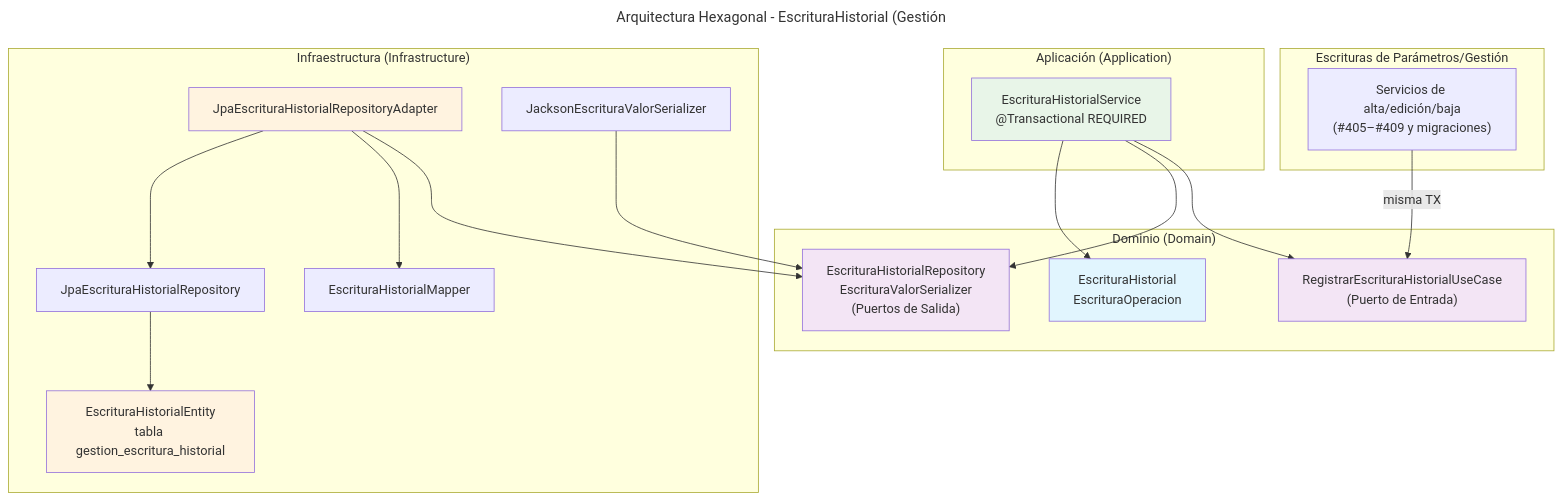
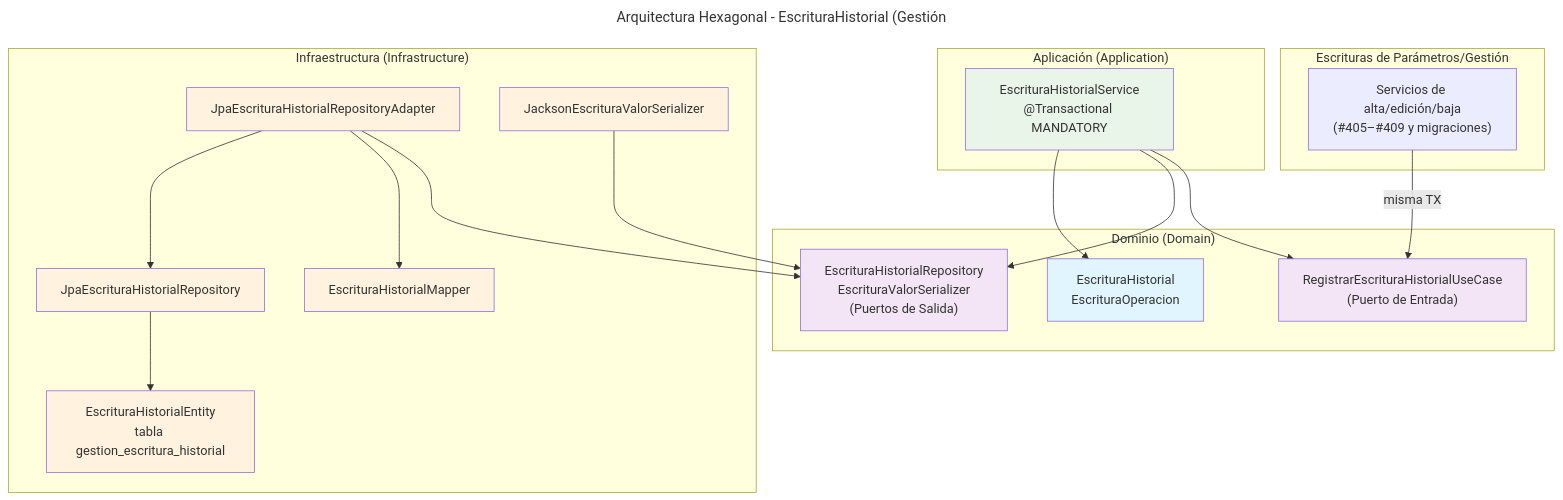
Before and after one commit to UM-services/UM.tesoreria.core-service: the diagram in docs/hexagonal-escrituraHistorial.mmd, drawn with Mermaid. The commit also changed 16 other files, not shown here.

```diff
--- a/docs/hexagonal-escrituraHistorial.mmd
+++ b/docs/hexagonal-escrituraHistorial.mmd
@@ -1,42 +1,45 @@
 ---
 title: Arquitectura Hexagonal - EscrituraHistorial (Gestión #404)
 ---
 flowchart TD
     subgraph Dominio ["Dominio (Domain)"]
         M["EscrituraHistorial<br/>EscrituraOperacion"]
         IN["RegistrarEscrituraHistorialUseCase<br/>(Puerto de Entrada)"]
         OUT["EscrituraHistorialRepository<br/>EscrituraValorSerializer<br/>(Puertos de Salida)"]
     end
 
     subgraph Aplicacion ["Aplicación (Application)"]
-        Svc["EscrituraHistorialService<br/>@Transactional REQUIRED"]
+        Svc["EscrituraHistorialService<br/>@Transactional MANDATORY"]
     end
 
     subgraph Infraestructura ["Infraestructura (Infrastructure)"]
         Adp["JpaEscrituraHistorialRepositoryAdapter"]
         Ent["EscrituraHistorialEntity<br/>tabla gestion_escritura_historial"]
         Map["EscrituraHistorialMapper"]
         Ser["JacksonEscrituraValorSerializer"]
         Jpa["JpaEscrituraHistorialRepository"]
     end
 
     subgraph Callers ["Escrituras de Parámetros/Gestión"]
         W["Servicios de alta/edición/baja<br/>(#405–#409 y migraciones)"]
     end
 
     W -->|misma TX| IN
     Svc --> IN
     Svc --> OUT
     Adp --> OUT
     Ser --> OUT
     Adp --> Map
     Adp --> Jpa
     Jpa --> Ent
     Svc --> M
 
     style M fill:#e1f5fe
     style IN fill:#f3e5f5
     style OUT fill:#f3e5f5
     style Svc fill:#e8f5e8
     style Adp fill:#fff3e0
     style Ent fill:#fff3e0
+    style Map fill:#fff3e0
+    style Ser fill:#fff3e0
+    style Jpa fill:#fff3e0
```
